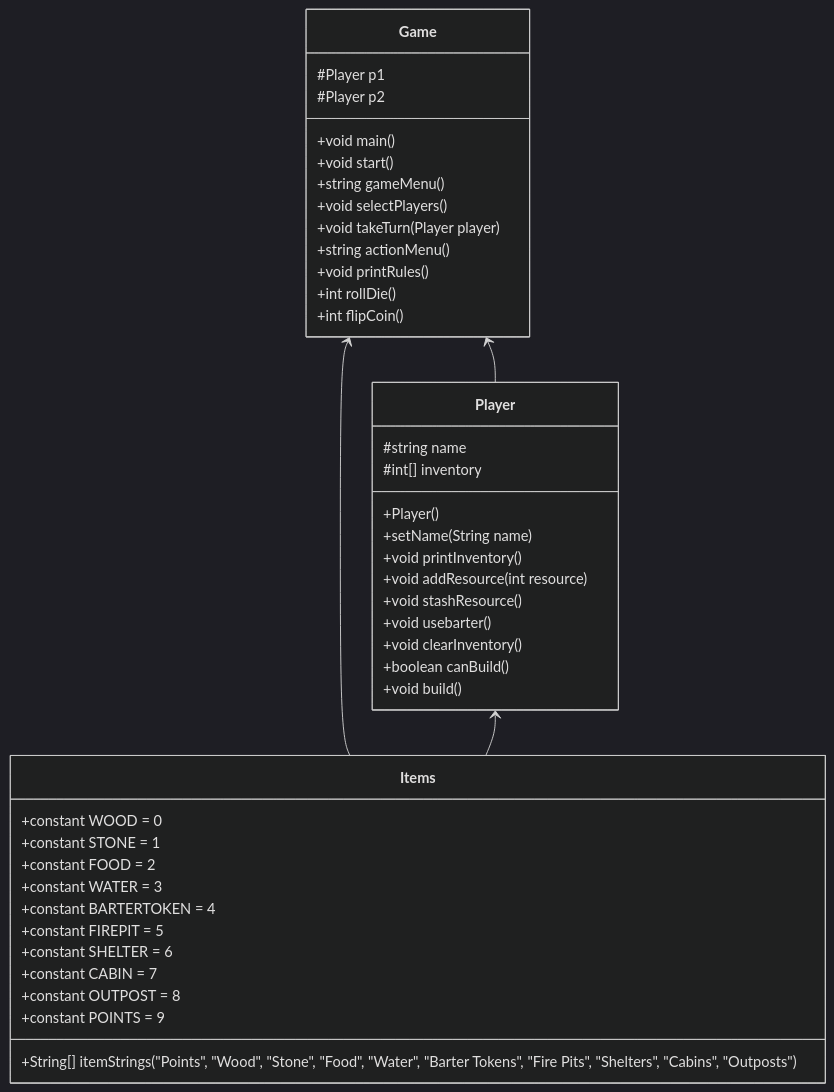
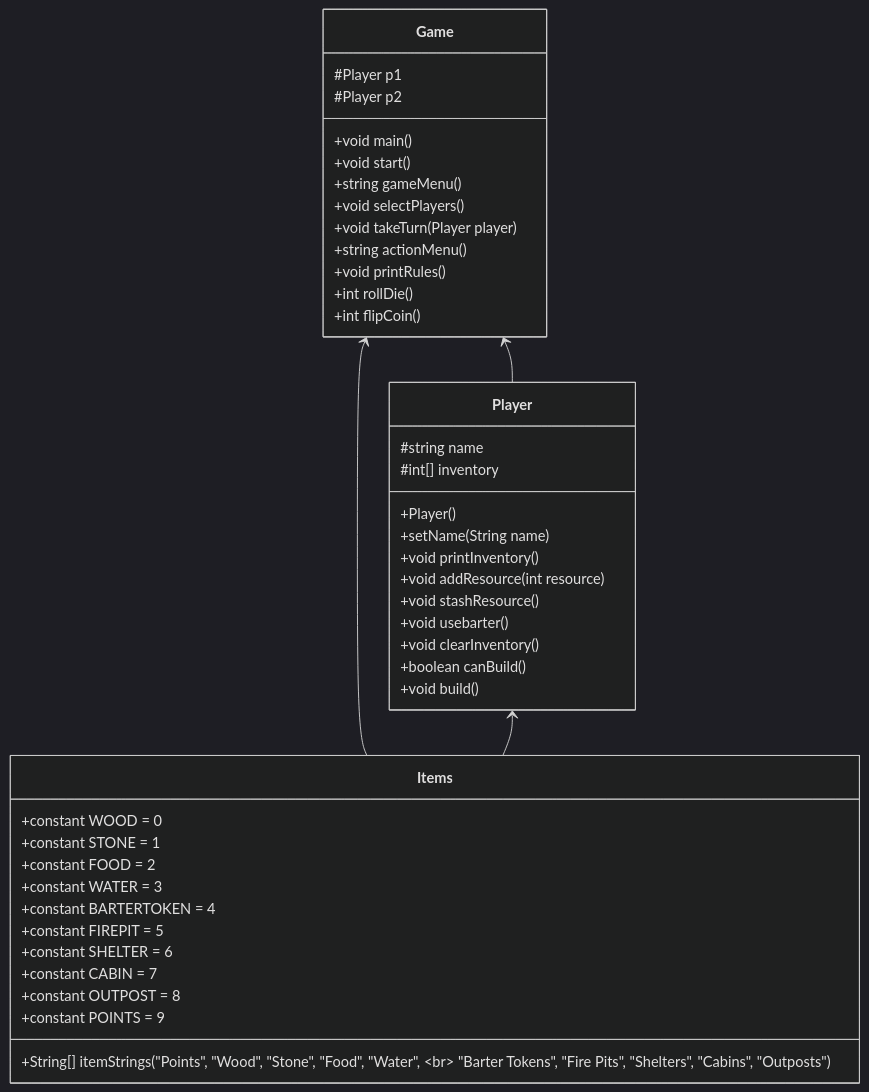
The diagram in README.md (lukethelehman/Settled-Ground), drawn with Mermaid (dark theme) before and after one commit.

Commit message:
mermaid fix

````diff
--- a/README.md
+++ b/README.md
@@ -158,49 +158,49 @@
 ```mermaid
 classDiagram
 
     Game <-- Player
     Game <-- Items
     Player <-- Items
     class Game {
         #Player p1
         #Player p2
         +void main()
         +void start()
         +string gameMenu()
         +void selectPlayers()
         +void takeTurn(Player player)
         +string actionMenu()
         +void printRules()
         +int rollDie()
         +int flipCoin()
         
     }
     
     class Player{
       #string name
       #int[] inventory 
       +Player()
       +setName(String name)
       +void printInventory()
       +void addResource(int resource)
       +void stashResource()
       +void usebarter()
       +void clearInventory()
       +boolean canBuild()
       +void build()      
     }
     class Items {
         +constant WOOD = 0
         +constant STONE = 1
         +constant FOOD = 2
         +constant WATER = 3
         +constant BARTERTOKEN = 4
         +constant FIREPIT = 5
         +constant SHELTER = 6
         +constant CABIN = 7
         +constant OUTPOST = 8
         +constant POINTS = 9
-        +String[] itemStrings ("Points", "Wood", "Stone", "Food", "Water", "Barter Tokens", "Fire Pits", "Shelters", "Cabins", "Outposts")
+        +String[] itemStrings ("Points", "Wood", "Stone", "Food", "Water", <br> "Barter Tokens", "Fire Pits", "Shelters", "Cabins", "Outposts")
     }
 
 ```
````
